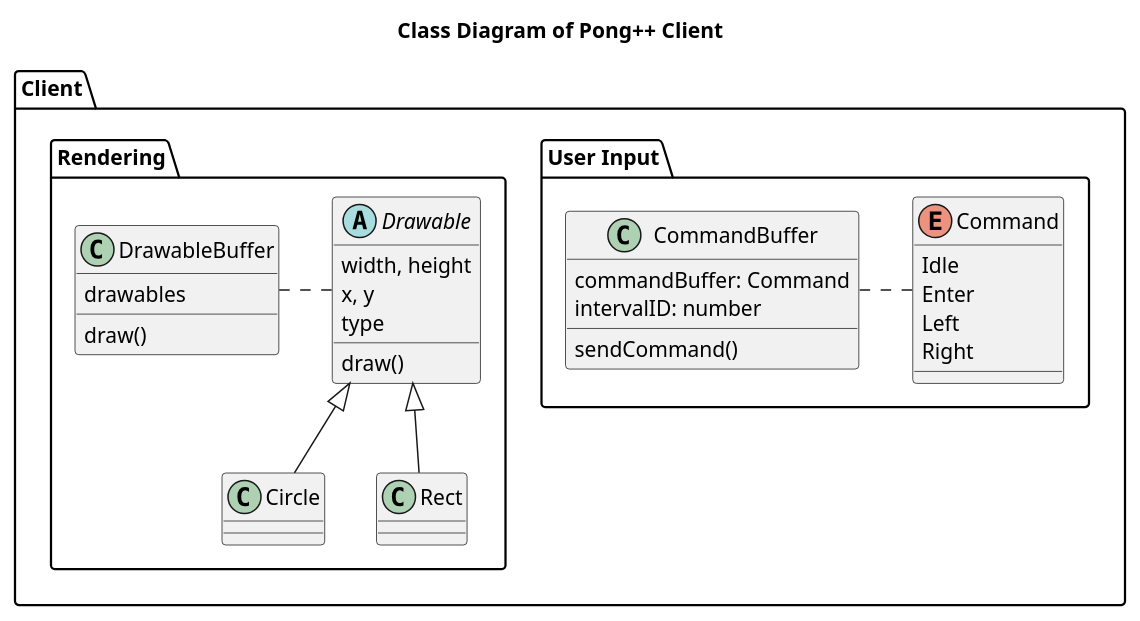
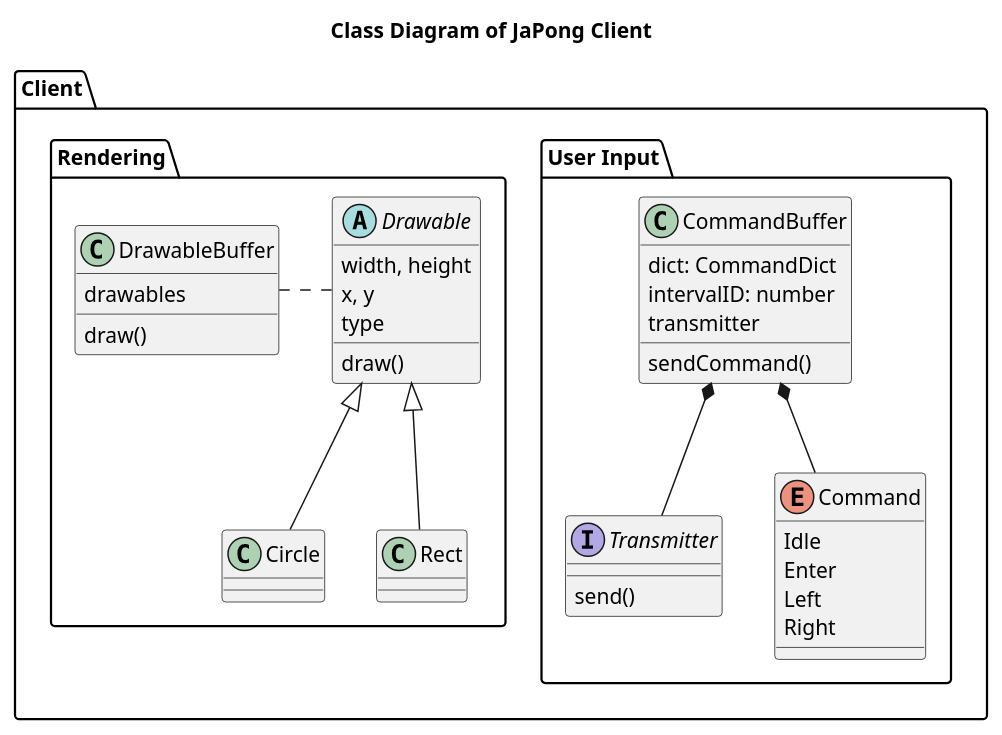
One commit to uztbt/pong changed the diagram in document/uml/classClient.plantuml. Above: the diagram before and after it, drawn with PlantUML. The commit also changed 9 other files, not shown here.

```diff
--- a/document/uml/classClient.plantuml
+++ b/document/uml/classClient.plantuml
@@ -1,42 +1,47 @@
 @startuml
 
-title "Class Diagram of Pong++ Client"
+title "Class Diagram of JaPong Client"
 
 package "Client" {
     package "User Input" {
+        interface Transmitter {
+            send()
+        }
+
         class CommandBuffer {
-            commandBuffer: Command
+            dict: CommandDict
             intervalID: number
+            transmitter
             sendCommand()
         }
 
+        CommandBuffer *-- Transmitter
+        CommandBuffer *-- Command
         Enum Command {
             Idle
             Enter
             Left
             Right
         }
-
-        CommandBuffer . Command
     }
 
     package Rendering {
         abstract "Drawable" as DrawableClient {
             width, height
             x, y
             type
             draw()
         }
         class Circle {}
         class Rect {}
         DrawableClient <|-- Circle
         DrawableClient <|-- Rect
         class DrawableBuffer {
             drawables
             draw()
         }
         DrawableBuffer . DrawableClient
     }
 }
 
 @enduml
```
